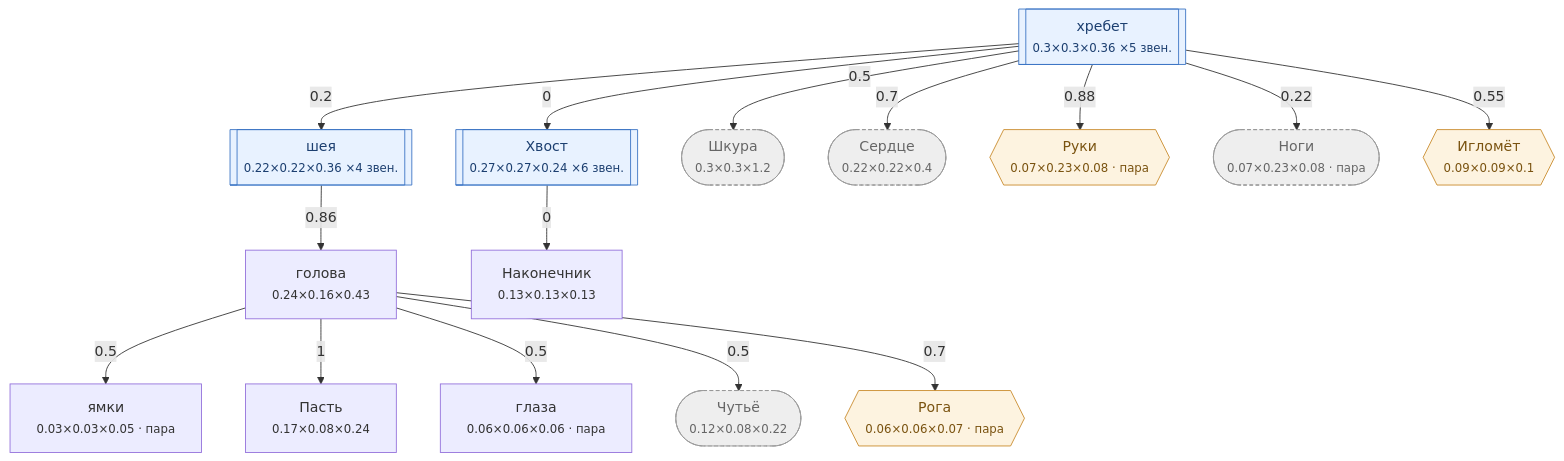
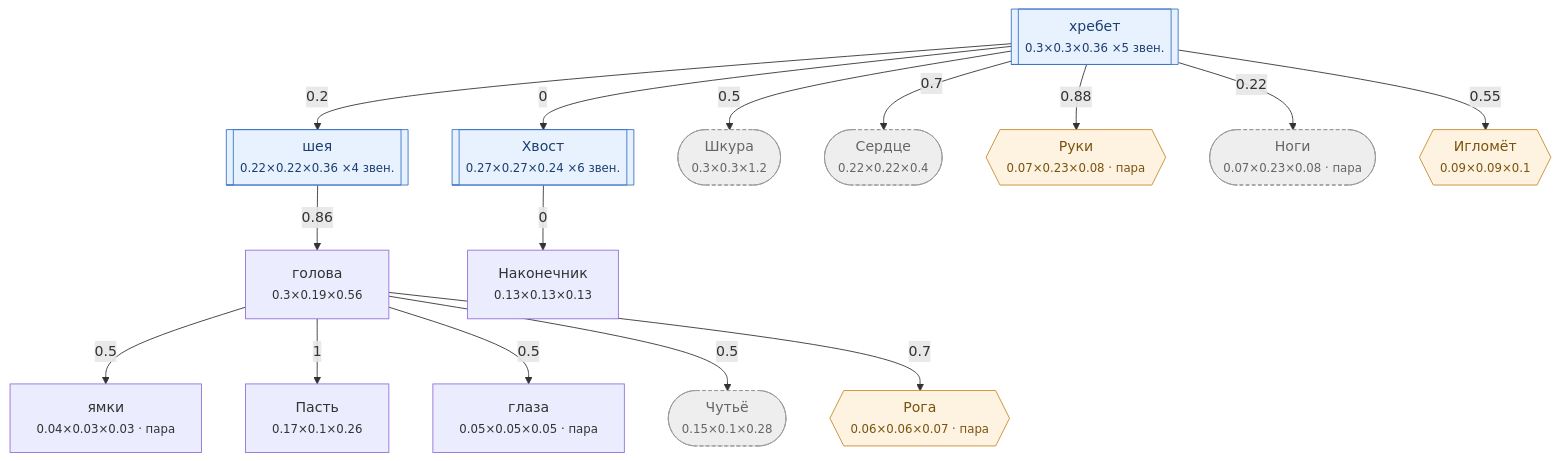
Before and after one commit to darklordshish/ChimeraEvolution-2026-06-26_15-29-59: the diagram in Docs/Диаграммы/Змея.md, drawn with Mermaid. The commit also changed other lines of this file and 5 other files, not shown here.

First line of the commit message:
Схемы тел: догнали факт — графы вместо анатомических скелетов

````diff
--- a/Docs/Диаграммы/Змея.md
+++ b/Docs/Диаграммы/Змея.md
@@ -51,40 +31,40 @@
 ```mermaid
 flowchart TD
-    n0["ямки<br/><small>0.03×0.03×0.05 · пара</small>"]
-    n1["голова<br/><small>0.24×0.16×0.43</small>"]
-    n2["Пасть<br/><small>0.17×0.08×0.24</small>"]
-    n3["глаза<br/><small>0.06×0.06×0.06 · пара</small>"]
+    n0["ямки<br/><small>0.04×0.03×0.03 · пара</small>"]
+    n1["голова<br/><small>0.3×0.19×0.56</small>"]
+    n2["Пасть<br/><small>0.17×0.1×0.26</small>"]
+    n3["глаза<br/><small>0.05×0.05×0.05 · пара</small>"]
     n4[["шея<br/><small>0.22×0.22×0.36 ×4 звен.</small>"]]
     n5[["хребет<br/><small>0.3×0.3×0.36 ×5 звен.</small>"]]
     n6[["Хвост<br/><small>0.27×0.27×0.24 ×6 звен.</small>"]]
     n7["Наконечник<br/><small>0.13×0.13×0.13</small>"]
     n8(["Шкура<br/><small>0.3×0.3×1.2</small>"])
     n9(["Сердце<br/><small>0.22×0.22×0.4</small>"])
-    n10(["Чутьё<br/><small>0.12×0.08×0.22</small>"])
+    n10(["Чутьё<br/><small>0.15×0.1×0.28</small>"])
     n11{{"Руки<br/><small>0.07×0.23×0.08 · пара</small>"}}
     n12(["Ноги<br/><small>0.07×0.23×0.08 · пара</small>"])
     n13{{"Рога<br/><small>0.06×0.06×0.07 · пара</small>"}}
     n14{{"Игломёт<br/><small>0.09×0.09×0.1</small>"}}
 
     n1 -->|0.5| n0
     n4 -->|0.86| n1
     n1 -->|1| n2
     n1 -->|0.5| n3
     n5 -->|0.2| n4
     n5 -->|0| n6
     n6 -->|0| n7
     n5 -->|0.5| n8
     n5 -->|0.7| n9
     n1 -->|0.5| n10
     n5 -->|0.88| n11
     n5 -->|0.22| n12
     n1 -->|0.7| n13
     n5 -->|0.55| n14
 
     classDef hid fill:#eee,stroke:#999,stroke-dasharray:4 3,color:#666
     classDef gr fill:#fdf3e0,stroke:#c98a2b,color:#7a5310
     classDef ch fill:#e8f2ff,stroke:#3b74c4,color:#1c3f70
     class n8,n9,n10,n12 hid
     class n11,n13,n14 gr
     class n4,n5,n6 ch
 ```
````
